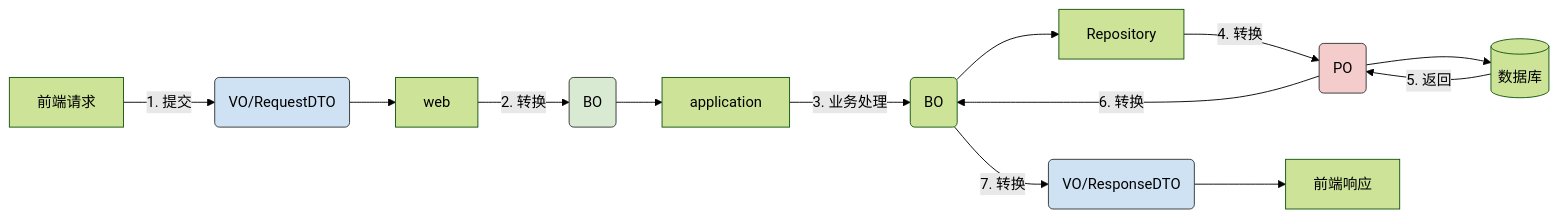
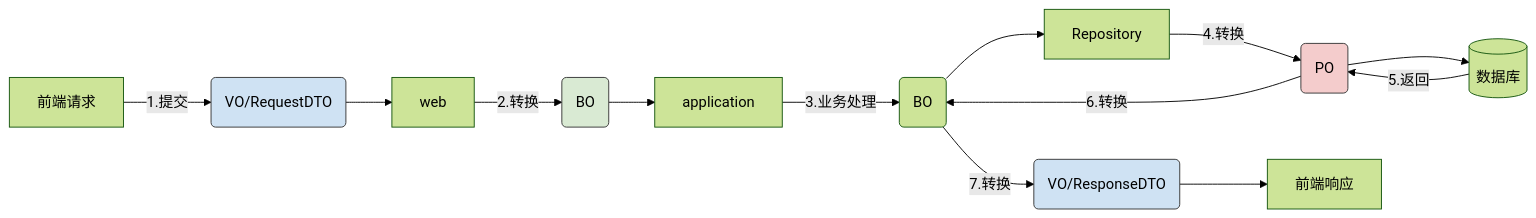
One commit to edisonwd/myblog changed the second of 4 diagrams in docs/springboot/springboot项目中 PO BO VO DTO POJO DAO概念及其作用（附转换图）.md. Above: the diagram before and after it, drawn with Mermaid (forest theme).

Commit message:
Update springboot项目中 PO BO VO DTO POJO DAO概念及其作用（附转换图）.md

````diff
--- a/docs/springboot/springboot项目中 PO BO VO DTO POJO DAO概念及其作用（附转换图）.md
+++ b/docs/springboot/springboot项目中 PO BO VO DTO POJO DAO概念及其作用（附转换图）.md
@@ -175,20 +175,20 @@
 ```mermaid
 graph LR
-    A[前端请求] -->|1. 提交| B(VO/RequestDTO)
+    A[前端请求] -->|1.提交| B(VO/RequestDTO)
     B --> C[web]
-    C -->|2. 转换| D(BO)
+    C -->|2.转换| D(BO)
     D --> E[application]
-    E -->|3. 业务处理| F(BO)
+    E -->|3.业务处理| F(BO)
     F --> G[Repository]
-    G -->|4. 转换| H(PO)
+    G -->|4.转换| H(PO)
     H --> I[(数据库)]
-    I -->|5. 返回| H
-    H -->|6. 转换| F
-    F -->|7. 转换| J(VO/ResponseDTO)
+    I -->|5.返回| H
+    H -->|6.转换| F
+    F -->|7.转换| J(VO/ResponseDTO)
     J --> K[前端响应]
     
     style B fill:#cfe2f3,stroke:#333
     style D fill:#d9ead3,stroke:#333
     style H fill:#f4cccc,stroke:#333
     style J fill:#cfe2f3,stroke:#333
 ```
````
